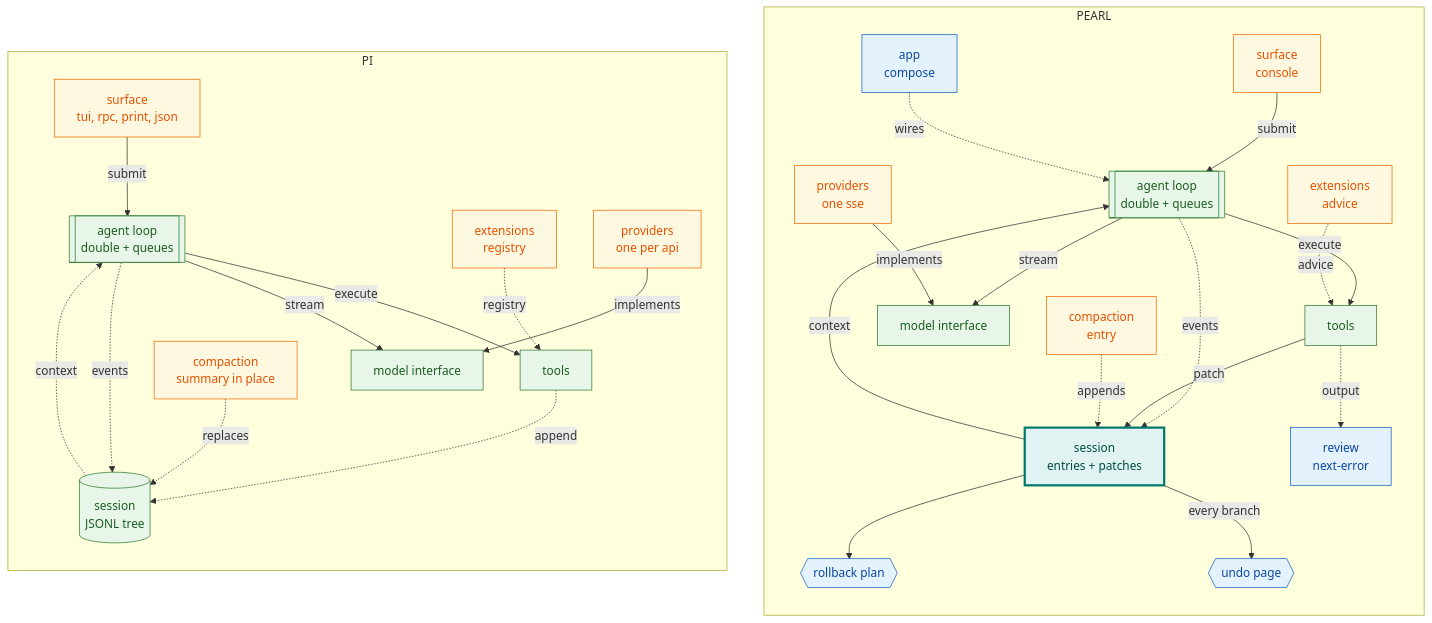
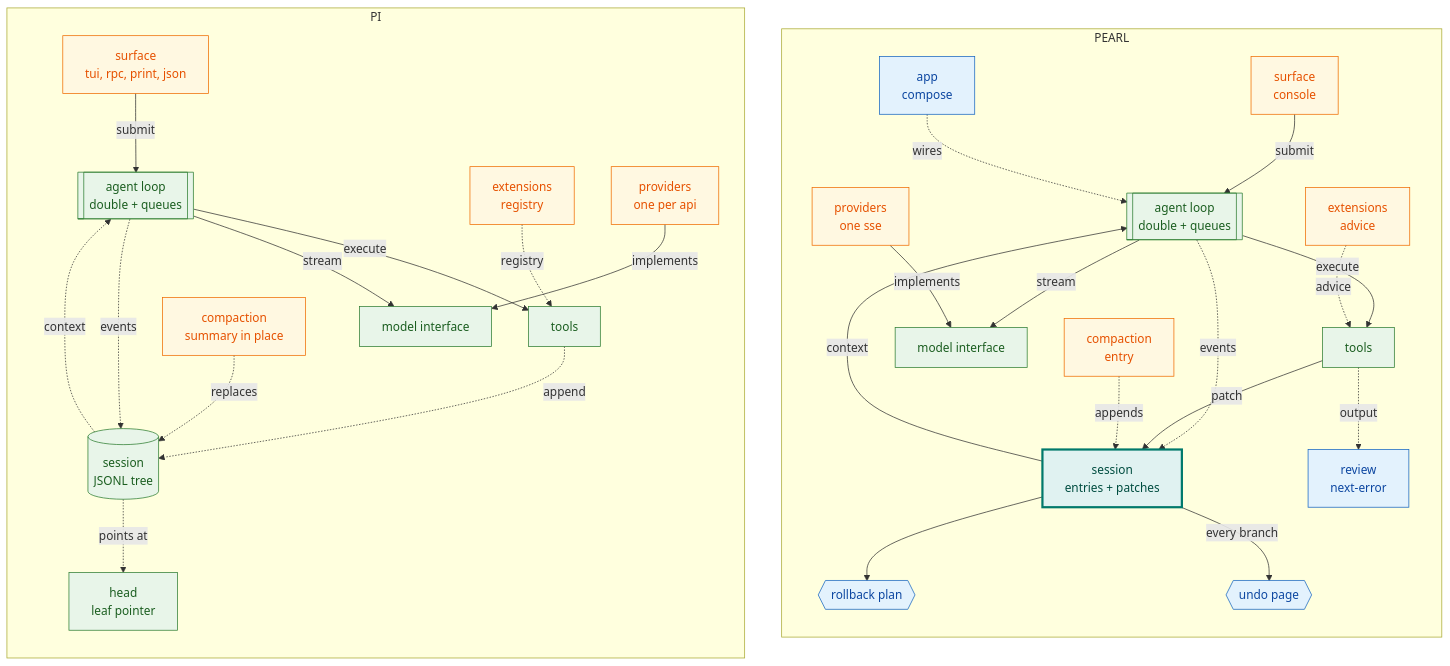
One commit to OverbearingPearl/pearl changed the diagram in README.md. Above: the diagram before and after it, drawn with Mermaid. The commit also changed other lines of this file, not shown here.

First line of the commit message:
Give the PI half the pointer it actually has

````diff
--- a/README.md
+++ b/README.md
@@ -132,42 +139,43 @@
 ```mermaid
 flowchart TB
   subgraph R["PEARL"]
     direction TB
     r_surf["surface<br/>console"] -->|submit| r_loop[["agent loop<br/>double + queues"]]
     r_app["app<br/>compose"] -.->|wires| r_loop
     r_loop -->|execute| r_tools["tools"]
     r_loop -->|stream| r_model["model interface"]
     r_loop -.->|events| r_sess["session<br/>entries + patches"]
     r_tools -->|patch| r_sess
     r_sess -->|context| r_loop
     r_sess --> r_plan{{"rollback plan"}}
     r_sess -->|every branch| r_time{{"undo page"}}
     r_tools -.->|output| r_review["review<br/>next-error"]
     r_compact["compaction<br/>entry"] -.->|appends| r_sess
     r_ext["extensions<br/>advice"] -.->|advice| r_tools
     r_prov["providers<br/>one sse"] -->|implements| r_model
   end
   subgraph L["PI"]
     direction TB
     l_surf["surface<br/>tui, rpc, print, json"] -->|submit| l_loop[["agent loop<br/>double + queues"]]
     l_loop -->|execute| l_tools["tools"]
     l_loop -->|stream| l_model["model interface"]
     l_loop -.->|events| l_sess[("session<br/>JSONL tree")]
     l_tools -.->|append| l_sess
     l_sess -.->|context| l_loop
+    l_sess -.->|points at| l_leaf["head<br/>leaf pointer"]
     l_compact["compaction<br/>summary in place"] -.->|replaces| l_sess
     l_ext["extensions<br/>registry"] -.->|registry| l_tools
     l_prov["providers<br/>one per api"] -->|implements| l_model
   end
   classDef keep fill:#e8f5e9,stroke:#2e7d32,color:#1b5e20
   classDef moved fill:#e0f2f1,stroke:#00796b,color:#004d40,stroke-width:3px
   classDef added fill:#e3f2fd,stroke:#1565c0,color:#0d47a1
   classDef changed fill:#fff8e1,stroke:#ef6c00,color:#e65100
-  class l_loop,l_model,l_tools,l_sess,r_loop,r_model,r_tools keep
+  class l_loop,l_model,l_tools,l_sess,l_leaf,r_loop,r_model,r_tools keep
   class l_surf,l_ext,l_prov changed
   class r_surf,r_ext,r_prov changed
   class l_compact,r_compact changed
   class r_app added
   class r_sess moved
   class r_plan,r_time,r_review added
 ```
````
